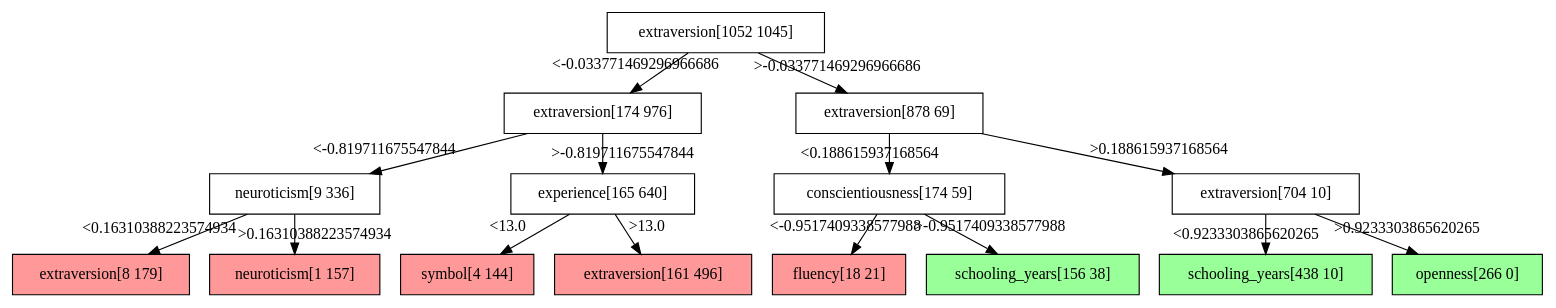
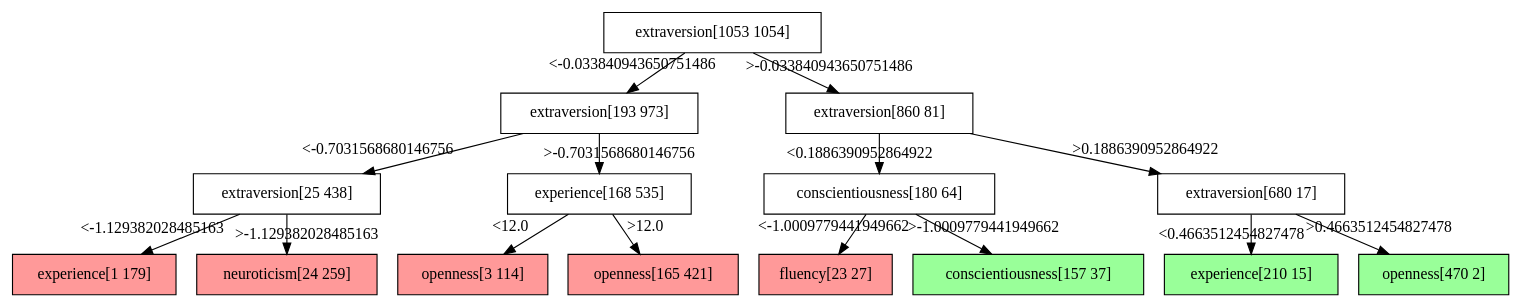
The diagram in skills_and_wages/bld/out/analysis/decision_tree.dot (Poojabl26/Programming-Project), drawn with Graphviz before and after one commit. The commit also changed 17 other files, not shown here.

```diff
--- a/skills_and_wages/bld/out/analysis/decision_tree.dot
+++ b/skills_and_wages/bld/out/analysis/decision_tree.dot
@@ -1,32 +1,32 @@
 digraph Tree {
 node [shape=box, style="filled", color="black"] ;
-0 [ label="extraversion[1052 1045]" , fillcolor="#ffffff"] ;
-1 [ label="extraversion[174 976]" , fillcolor="#ffffff"] ;
-0->1 [labeldistance=2.5, labelangle=45, headlabel="<-0.033771469296966686"] ;
-3 [ label="neuroticism[9 336]" , fillcolor="#ffffff"] ;
-1->3 [labeldistance=2.5, labelangle=45, headlabel="<-0.819711675547844"] ;
-5 [ label="extraversion[8 179]" , fillcolor="#ff9999"] ;
-3->5 [labeldistance=2.5, labelangle=45, headlabel="<0.16310388223574934"] ;
-6 [ label="neuroticism[1 157]" , fillcolor="#ff9999"] ;
-3->6 [labeldistance=2.5, labelangle=-45, headlabel=">0.16310388223574934"] ;
-4 [ label="experience[165 640]" , fillcolor="#ffffff"] ;
-1->4 [labeldistance=2.5, labelangle=-45, headlabel=">-0.819711675547844"] ;
-7 [ label="symbol[4 144]" , fillcolor="#ff9999"] ;
-4->7 [labeldistance=2.5, labelangle=45, headlabel="<13.0"] ;
-8 [ label="extraversion[161 496]" , fillcolor="#ff9999"] ;
-4->8 [labeldistance=2.5, labelangle=-45, headlabel=">13.0"] ;
-2 [ label="extraversion[878 69]" , fillcolor="#ffffff"] ;
-0->2 [labeldistance=2.5, labelangle=-45, headlabel=">-0.033771469296966686"] ;
-9 [ label="conscientiousness[174 59]" , fillcolor="#ffffff"] ;
-2->9 [labeldistance=2.5, labelangle=45, headlabel="<0.188615937168564"] ;
-11 [ label="fluency[18 21]" , fillcolor="#ff9999"] ;
-9->11 [labeldistance=2.5, labelangle=45, headlabel="<-0.9517409338577988"] ;
-12 [ label="schooling_years[156 38]" , fillcolor="#99ff99"] ;
-9->12 [labeldistance=2.5, labelangle=-45, headlabel=">-0.9517409338577988"] ;
-10 [ label="extraversion[704 10]" , fillcolor="#ffffff"] ;
-2->10 [labeldistance=2.5, labelangle=-45, headlabel=">0.188615937168564"] ;
-13 [ label="schooling_years[438 10]" , fillcolor="#99ff99"] ;
-10->13 [labeldistance=2.5, labelangle=45, headlabel="<0.9233303865620265"] ;
-14 [ label="openness[266 0]" , fillcolor="#99ff99"] ;
-10->14 [labeldistance=2.5, labelangle=-45, headlabel=">0.9233303865620265"] ;
+0 [ label="extraversion[1053 1054]" , fillcolor="#ffffff"] ;
+1 [ label="extraversion[193 973]" , fillcolor="#ffffff"] ;
+0->1 [labeldistance=2.5, labelangle=45, headlabel="<-0.033840943650751486"] ;
+3 [ label="extraversion[25 438]" , fillcolor="#ffffff"] ;
+1->3 [labeldistance=2.5, labelangle=45, headlabel="<-0.7031568680146756"] ;
+5 [ label="experience[1 179]" , fillcolor="#ff9999"] ;
+3->5 [labeldistance=2.5, labelangle=45, headlabel="<-1.129382028485163"] ;
+6 [ label="neuroticism[24 259]" , fillcolor="#ff9999"] ;
+3->6 [labeldistance=2.5, labelangle=-45, headlabel=">-1.129382028485163"] ;
+4 [ label="experience[168 535]" , fillcolor="#ffffff"] ;
+1->4 [labeldistance=2.5, labelangle=-45, headlabel=">-0.7031568680146756"] ;
+7 [ label="openness[3 114]" , fillcolor="#ff9999"] ;
+4->7 [labeldistance=2.5, labelangle=45, headlabel="<12.0"] ;
+8 [ label="openness[165 421]" , fillcolor="#ff9999"] ;
+4->8 [labeldistance=2.5, labelangle=-45, headlabel=">12.0"] ;
+2 [ label="extraversion[860 81]" , fillcolor="#ffffff"] ;
+0->2 [labeldistance=2.5, labelangle=-45, headlabel=">-0.033840943650751486"] ;
+9 [ label="conscientiousness[180 64]" , fillcolor="#ffffff"] ;
+2->9 [labeldistance=2.5, labelangle=45, headlabel="<0.1886390952864922"] ;
+11 [ label="fluency[23 27]" , fillcolor="#ff9999"] ;
+9->11 [labeldistance=2.5, labelangle=45, headlabel="<-1.0009779441949662"] ;
+12 [ label="conscientiousness[157 37]" , fillcolor="#99ff99"] ;
+9->12 [labeldistance=2.5, labelangle=-45, headlabel=">-1.0009779441949662"] ;
+10 [ label="extraversion[680 17]" , fillcolor="#ffffff"] ;
+2->10 [labeldistance=2.5, labelangle=-45, headlabel=">0.1886390952864922"] ;
+13 [ label="experience[210 15]" , fillcolor="#99ff99"] ;
+10->13 [labeldistance=2.5, labelangle=45, headlabel="<0.4663512454827478"] ;
+14 [ label="openness[470 2]" , fillcolor="#99ff99"] ;
+10->14 [labeldistance=2.5, labelangle=-45, headlabel=">0.4663512454827478"] ;
 }
```
